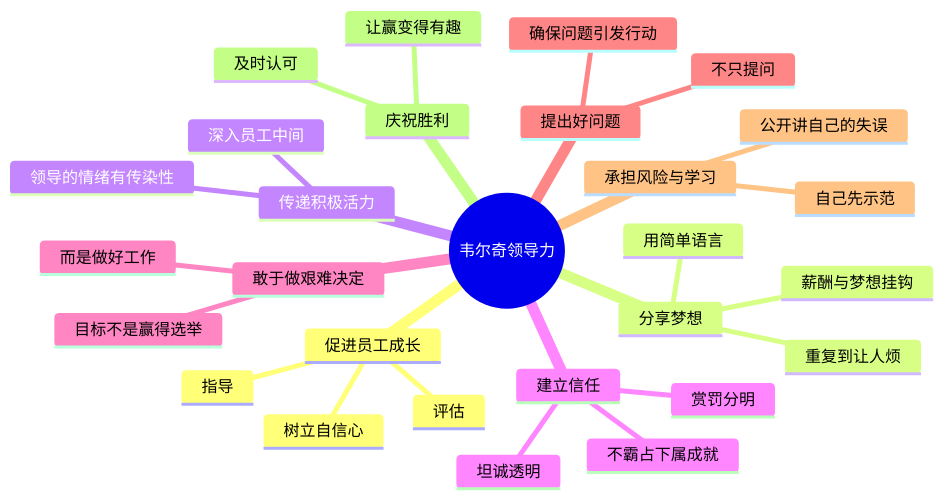
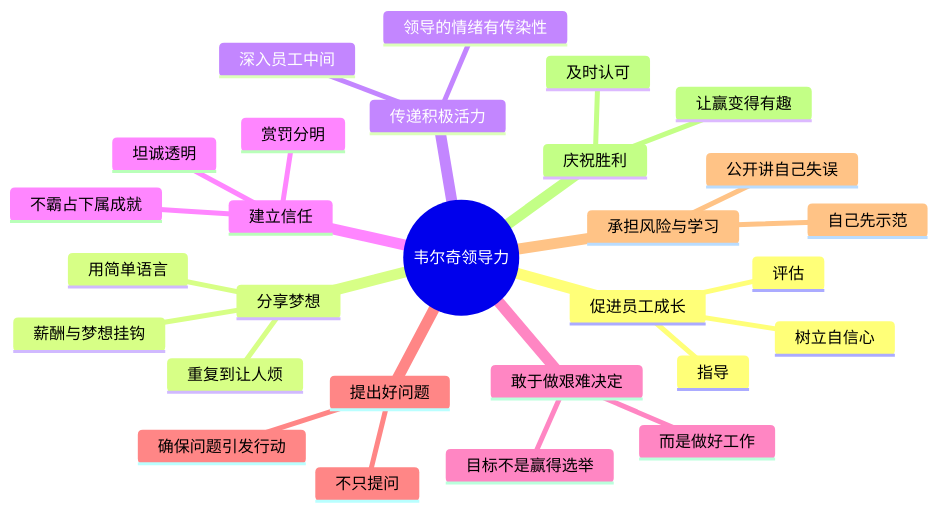
One commit to qinwenshi/wiki changed the second of 3 diagrams in content/reading/赢.md. Above: the diagram before and after it, drawn with Mermaid. The commit also changed other lines of this file and 2 other files, not shown here.

````diff
--- a/content/reading/赢.md
+++ b/content/reading/赢.md
@@ -86,31 +79,31 @@
 ```mermaid
 mindmap
   root((韦尔奇领导力))
     促进员工成长
       评估
       指导
       树立自信心
     分享梦想
       用简单语言
       重复到让人烦
       薪酬与梦想挂钩
     传递积极活力
       领导的情绪有传染性
       深入员工中间
     建立信任
       坦诚透明
       赏罚分明
       不霸占下属成就
     敢于做艰难决定
       目标不是赢得选举
       而是做好工作
     提出好问题
       不只提问
       确保问题引发行动
     承担风险与学习
       自己先示范
-      公开讲自己的失误
+      公开讲自己失误
     庆祝胜利
       让赢变得有趣
       及时认可
 ```
````
